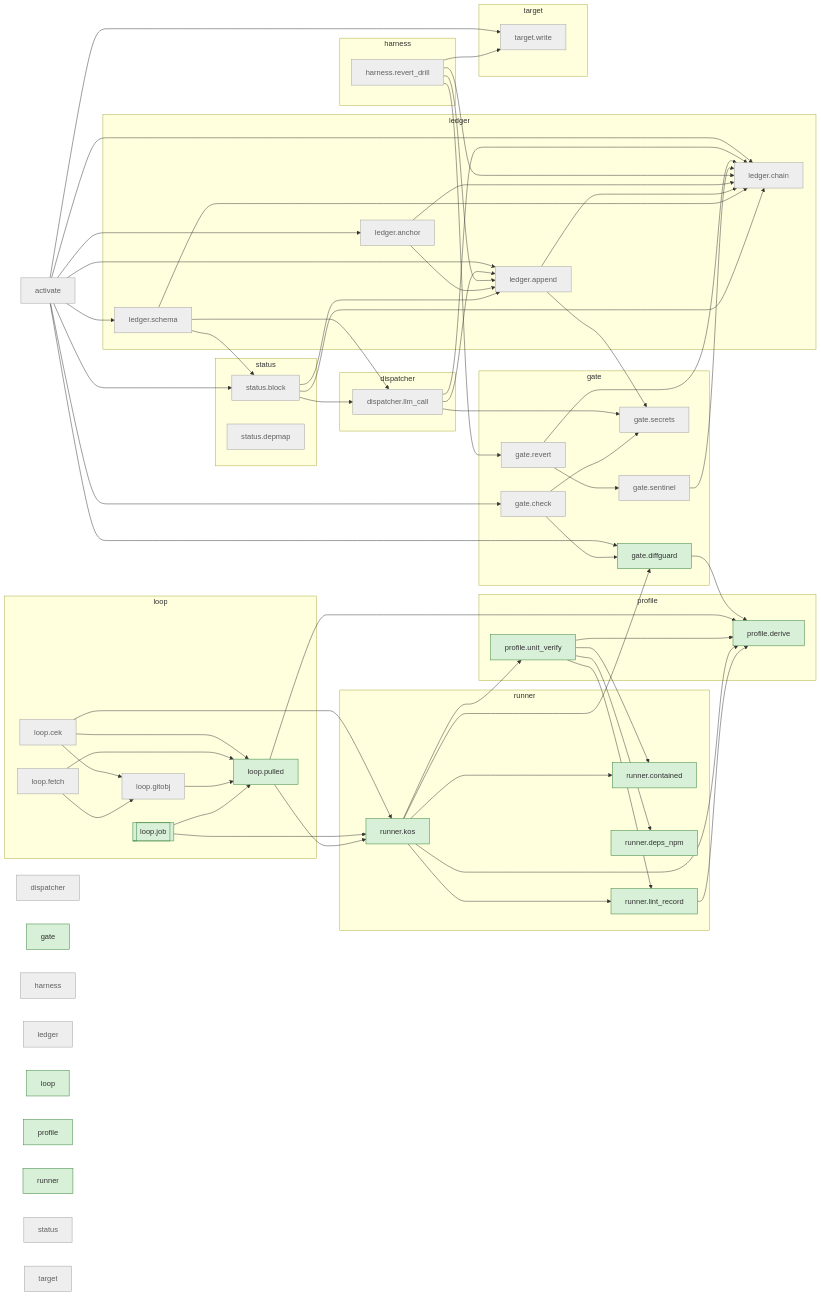
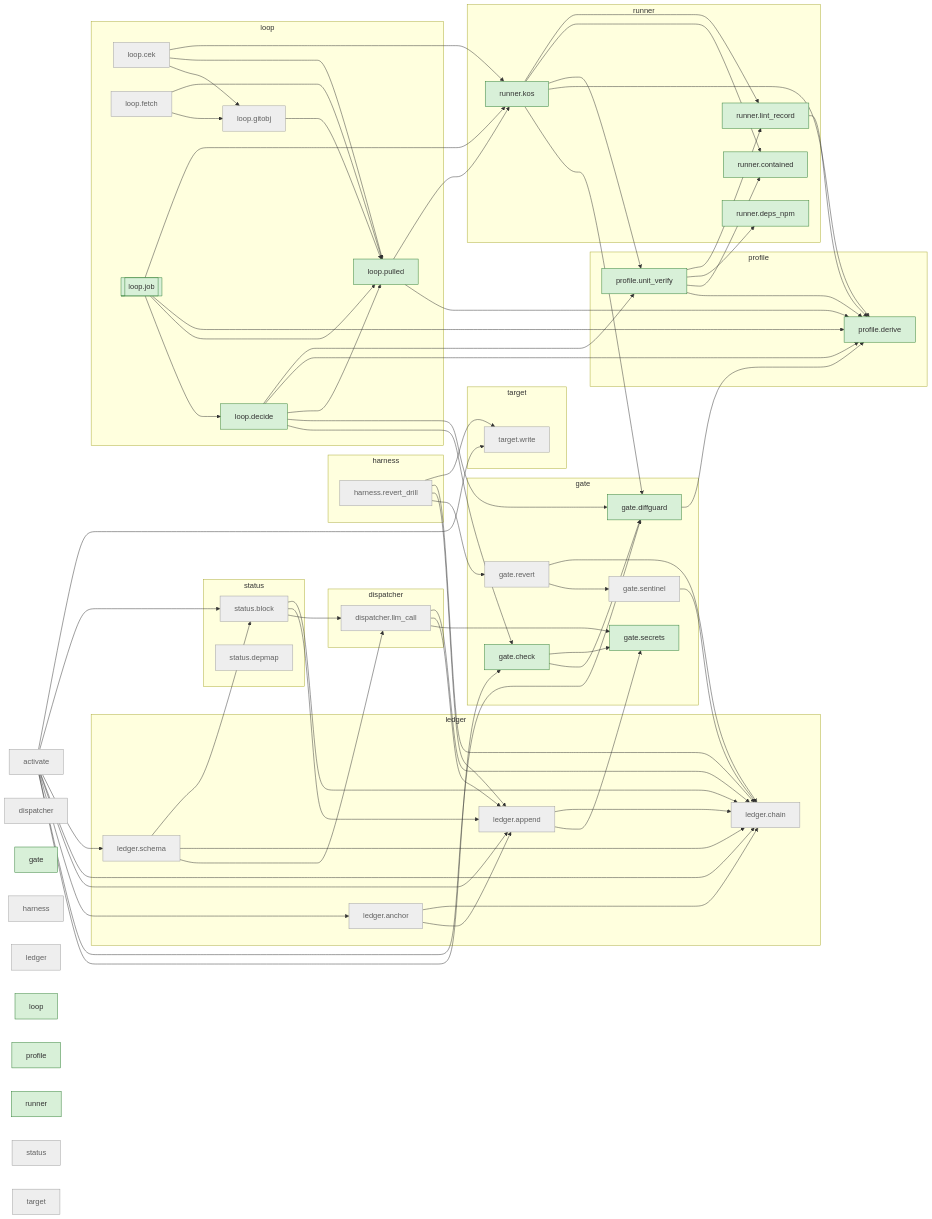
One commit to Okan-wqm/snowball-rehearsal-brain changed the diagram in docs/map/brain.md. Above: the diagram before and after it, drawn with Mermaid. The commit also changed other lines of this file and 8 other files, not shown here.

````diff
--- a/docs/map/brain.md
+++ b/docs/map/brain.md
@@ -18,10 +18,10 @@
     n9["harness"]
     n11["ledger"]
     n16["loop"]
-    n22["profile"]
-    n25["runner"]
-    n30["status"]
-    n33["target"]
+    n23["profile"]
+    n26["runner"]
+    n31["status"]
+    n34["target"]
   subgraph g_dispatcher["dispatcher"]
     n2["dispatcher.llm_call"]
   end
@@ -43,27 +43,28 @@
   end
   subgraph g_loop["loop"]
     n17["loop.cek"]
-    n18["loop.fetch"]
-    n19["loop.gitobj"]
-    n20[["loop.job"]]
-    n21["loop.pulled"]
+    n18["loop.decide"]
+    n19["loop.fetch"]
+    n20["loop.gitobj"]
+    n21[["loop.job"]]
+    n22["loop.pulled"]
   end
   subgraph g_profile["profile"]
-    n23["profile.derive"]
-    n24["profile.unit_verify"]
+    n24["profile.derive"]
+    n25["profile.unit_verify"]
   end
   subgraph g_runner["runner"]
-    n26["runner.contained"]
-    n27["runner.deps_npm"]
-    n28["runner.kos"]
-    n29["runner.lint_record"]
+    n27["runner.contained"]
+    n28["runner.deps_npm"]
+    n29["runner.kos"]
+    n30["runner.lint_record"]
   end
   subgraph g_status["status"]
-    n31["status.block"]
-    n32["status.depmap"]
+    n32["status.block"]
+    n33["status.depmap"]
   end
   subgraph g_target["target"]
-    n34["target.write"]
+    n35["target.write"]
   end
   n0 --> n4
   n0 --> n5
@@ -71,53 +72,60 @@
   n0 --> n13
   n0 --> n14
   n0 --> n15
-  n0 --> n31
-  n0 --> n34
+  n0 --> n32
+  n0 --> n35
   n2 --> n7
   n2 --> n13
   n2 --> n14
   n4 --> n5
   n4 --> n7
-  n5 --> n23
+  n5 --> n24
   n6 --> n8
   n6 --> n14
   n8 --> n14
   n10 --> n6
   n10 --> n13
   n10 --> n14
-  n10 --> n34
+  n10 --> n35
   n12 --> n13
   n12 --> n14
   n13 --> n7
   n13 --> n14
   n15 --> n2
   n15 --> n14
-  n15 --> n31
-  n17 --> n19
-  n17 --> n21
-  n17 --> n28
-  n18 --> n19
-  n18 --> n21
-  n19 --> n21
-  n20 --> n21
-  n20 --> n28
-  n21 --> n23
-  n21 --> n28
-  n24 --> n23
-  n24 --> n26
-  n24 --> n27
-  n24 --> n29
-  n28 --> n5
-  n28 --> n23
-  n28 --> n24
-  n28 --> n26
-  n28 --> n29
-  n29 --> n23
-  n31 --> n2
-  n31 --> n13
-  n31 --> n14
+  n15 --> n32
+  n17 --> n20
+  n17 --> n22
+  n17 --> n29
+  n18 --> n4
+  n18 --> n5
+  n18 --> n22
+  n18 --> n24
+  n18 --> n25
+  n19 --> n20
+  n19 --> n22
+  n20 --> n22
+  n21 --> n18
+  n21 --> n22
+  n21 --> n24
+  n21 --> n29
+  n22 --> n24
+  n22 --> n29
+  n25 --> n24
+  n25 --> n27
+  n25 --> n28
+  n25 --> n30
+  n29 --> n5
+  n29 --> n24
+  n29 --> n25
+  n29 --> n27
+  n29 --> n30
+  n30 --> n24
+  n32 --> n2
+  n32 --> n13
+  n32 --> n14
   classDef live fill:#d8f0d8,stroke:#2e7d32
   classDef off fill:#eeeeee,stroke:#9e9e9e,color:#616161
-  class n3,n5,n16,n20,n21,n22,n23,n24,n25,n26,n27,n28,n29 live
-  class n0,n1,n2,n4,n6,n7,n8,n9,n10,n11,n12,n13,n14,n15,n17,n18,n19,n30,n31,n32,n33,n34 off
+  class n3,n4,n5,n7,n16,n18,n21,n22,n23,n24,n25,n26,n27,n28,n29,n30 live
+  class n0,n1,n2,n6,n8,n9,n10,n11,n12,n13,n14,n15,n17,n19,n20,n31,n32,n33,n34,n35 off
 ```
````
